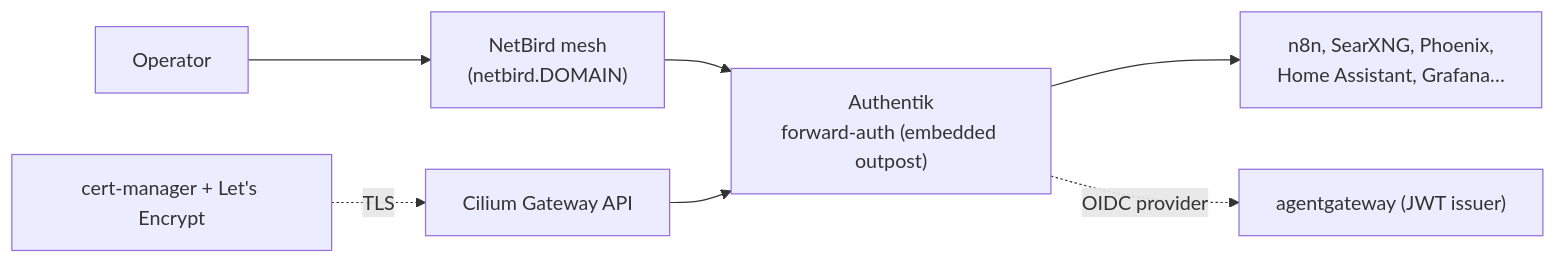
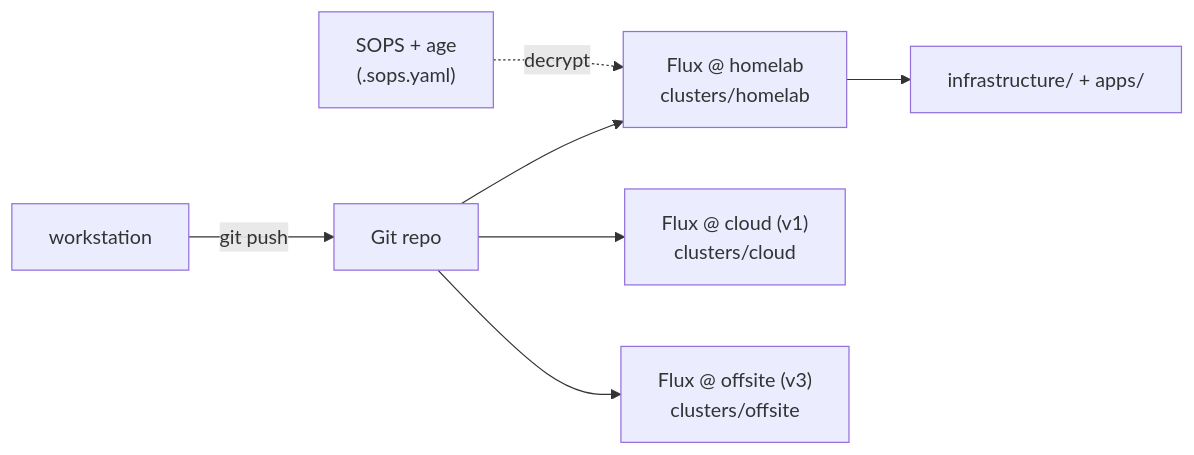
One commit to ngoldack/homelab changed the fifth of 6 diagrams in docs/architecture.md. Above: the diagram before and after it, drawn with Mermaid. The commit also changed other lines of this file and 2 other files, not shown here.

First line of the commit message:
docs: rewrite architecture for the phased multi-cluster design

````diff
--- a/docs/architecture.md
+++ b/docs/architecture.md
@@ -212,10 +157,9 @@
 ```mermaid
 flowchart LR
-  user["Operator"] --> nbm["NetBird mesh<br/>(netbird.DOMAIN)"]
-  nbm --> ak["Authentik<br/>forward-auth (embedded outpost)"]
-  ak --> apps["n8n, SearXNG, Phoenix,<br/>Home Assistant, Grafana…"]
-
-  cil["Cilium Gateway API"] --> ak
-  ak -. "OIDC provider" .-> gw["agentgateway (JWT issuer)"]
-  cm["cert-manager + Let's Encrypt"] -. TLS .-> cil
+  Dev["workstation"] -->|git push| Repo["Git repo"]
+  Repo --> FHL["Flux @ homelab<br/>clusters/homelab"]
+  Repo --> FCL["Flux @ cloud (v1)<br/>clusters/cloud"]
+  Repo --> FOS["Flux @ offsite (v3)<br/>clusters/offsite"]
+  FHL --> KHL["infrastructure/ + apps/"]
+  SOPS["SOPS + age<br/>(.sops.yaml)"] -.decrypt.-> FHL
 ```
````
